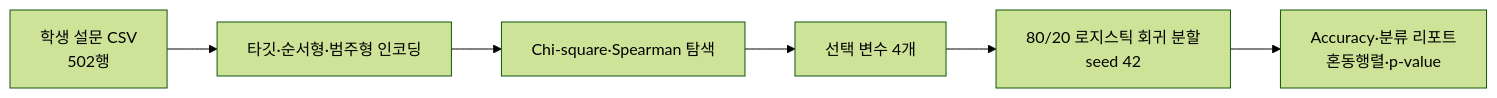
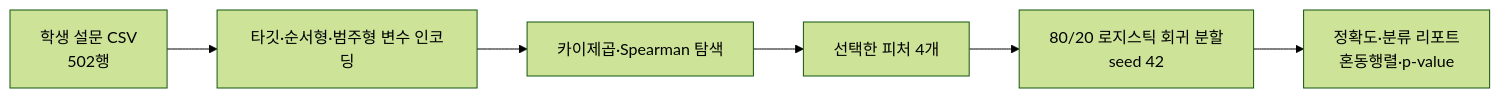
The diagram in README.ko.md (junhyung-L/student-depression-risk-analysis), drawn with Mermaid (forest theme) before and after one commit. The commit also changed other lines of this file and 3 other files, not shown here.

````diff
--- a/README.ko.md
+++ b/README.ko.md
@@ -18,8 +18,8 @@
 ```mermaid
 flowchart LR
-    A[학생 설문 CSV\n502행] --> B[타깃·순서형·범주형 인코딩]
-    B --> C[Chi-square·Spearman 탐색]
-    C --> D[선택 변수 4개]
+    A[학생 설문 CSV\n502행] --> B[타깃·순서형·범주형 변수 인코딩]
+    B --> C[카이제곱·Spearman 탐색]
+    C --> D[선택한 피처 4개]
     D --> E[80/20 로지스틱 회귀 분할\nseed 42]
-    E --> F[Accuracy·분류 리포트\n혼동행렬·p-value]
+    E --> F[정확도·분류 리포트\n혼동행렬·p-value]
 ```
````
